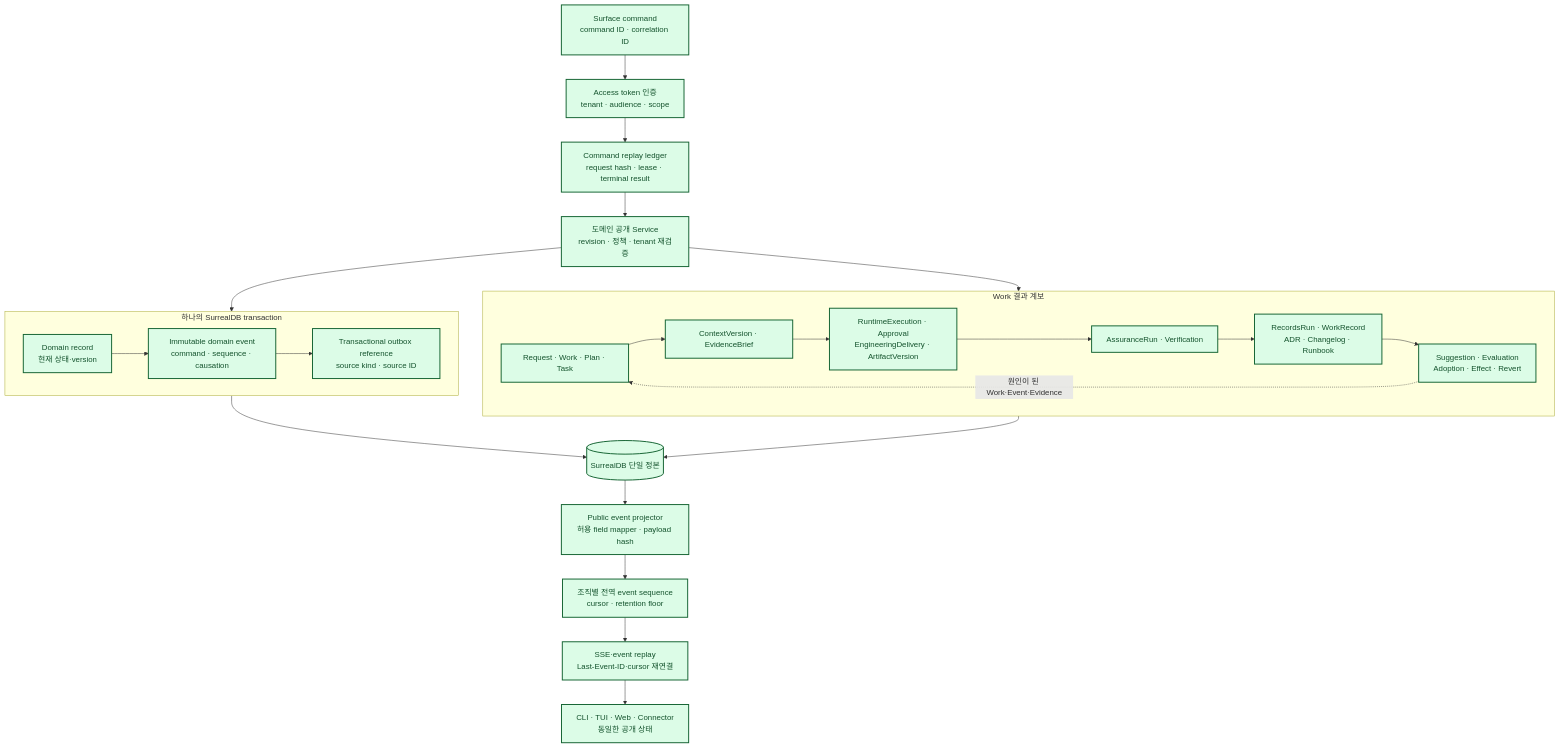
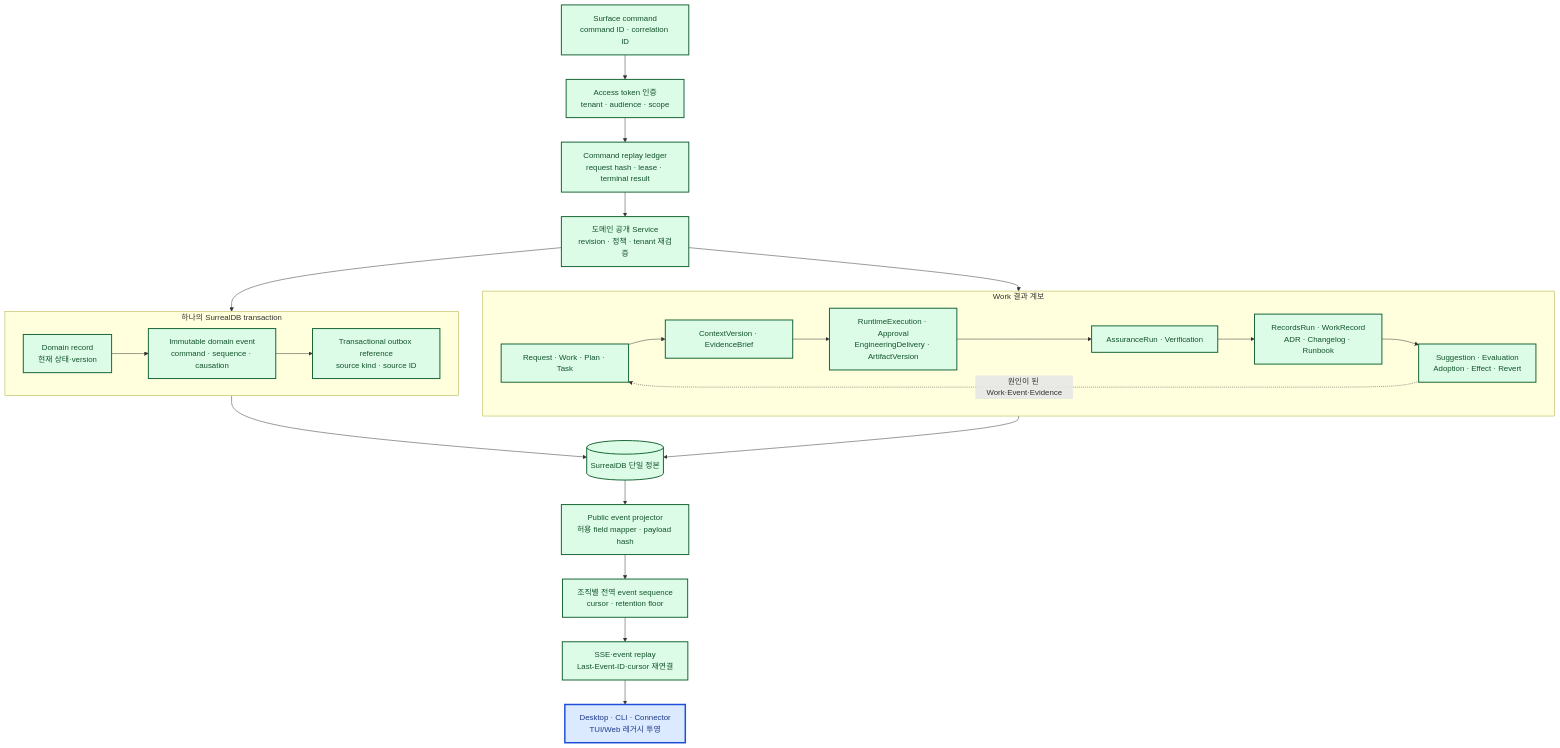
One commit to jabdori/massion changed the ninth of 11 diagrams in docs/architecture/README.md. Above: the diagram before and after it, drawn with Mermaid. The commit also changed other lines of this file and 21 other files, not shown here.

````diff
--- a/docs/architecture/README.md
+++ b/docs/architecture/README.md
@@ -500,53 +503,53 @@
 ```mermaid
 flowchart TB
   classDef implemented fill:#dcfce7,stroke:#166534,color:#14532d,stroke-width:2px;
   classDef implementing fill:#dbeafe,stroke:#1d4ed8,color:#1e3a8a,stroke-width:3px;
   classDef planned fill:#f3f4f6,stroke:#6b7280,color:#374151,stroke-width:1px,stroke-dasharray:5 5;
   classDef external fill:#ffedd5,stroke:#c2410c,color:#7c2d12,stroke-width:2px;
 
   Surface["Surface command<br/>command ID · correlation ID"]:::implemented
   Auth["Access token 인증<br/>tenant · audience · scope"]:::implemented
   Ledger["Command replay ledger<br/>request hash · lease · terminal result"]:::implemented
   Domain["도메인 공개 Service<br/>revision · 정책 · tenant 재검증"]:::implemented
 
   subgraph Transaction["하나의 SurrealDB transaction"]
     Record["Domain record<br/>현재 상태·version"]:::implemented
     Event["Immutable domain event<br/>command · sequence · causation"]:::implemented
     Outbox["Transactional outbox reference<br/>source kind · source ID"]:::implemented
     Record --> Event
     Event --> Outbox
   end
 
   Projector["Public event projector<br/>허용 field mapper · payload hash"]:::implemented
   Sequence["조직별 전역 event sequence<br/>cursor · retention floor"]:::implemented
   SSE["SSE·event replay<br/>Last-Event-ID·cursor 재연결"]:::implemented
-  Observer["CLI · TUI · Web · Connector<br/>동일한 공개 상태"]:::implemented
+  Observer["Desktop · CLI · Connector<br/>TUI/Web 레거시 투영"]:::implementing
   DB[("SurrealDB 단일 정본")]:::implemented
 
   subgraph Lineage["Work 결과 계보"]
     Work["Request · Work · Plan · Task"]:::implemented
     Context["ContextVersion · EvidenceBrief"]:::implemented
     Execution["RuntimeExecution · Approval<br/>EngineeringDelivery · ArtifactVersion"]:::implemented
     Verification["AssuranceRun · Verification"]:::implemented
     Records["RecordsRun · WorkRecord<br/>ADR · Changelog · Runbook"]:::implemented
     Growth["Suggestion · Evaluation<br/>Adoption · Effect · Revert"]:::implemented
     Work --> Context
     Context --> Execution
     Execution --> Verification
     Verification --> Records
     Records --> Growth
     Growth -. "원인이 된 Work·Event·Evidence" .-> Work
   end
 
   Surface --> Auth
   Auth --> Ledger
   Ledger --> Domain
   Domain --> Transaction
   Transaction --> DB
   DB --> Projector
   Projector --> Sequence
   Sequence --> SSE
   SSE --> Observer
   Domain --> Lineage
   Lineage --> DB
 ```
````
